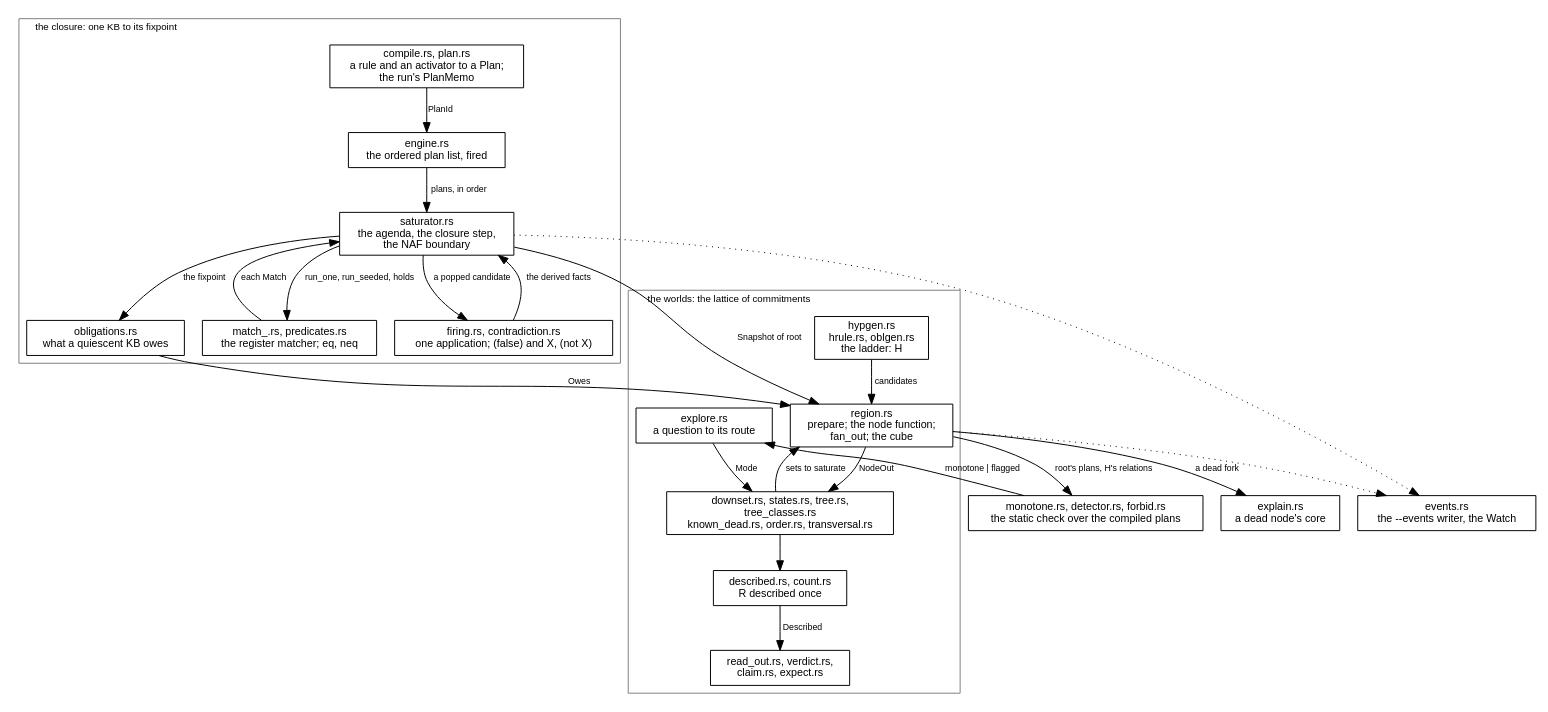
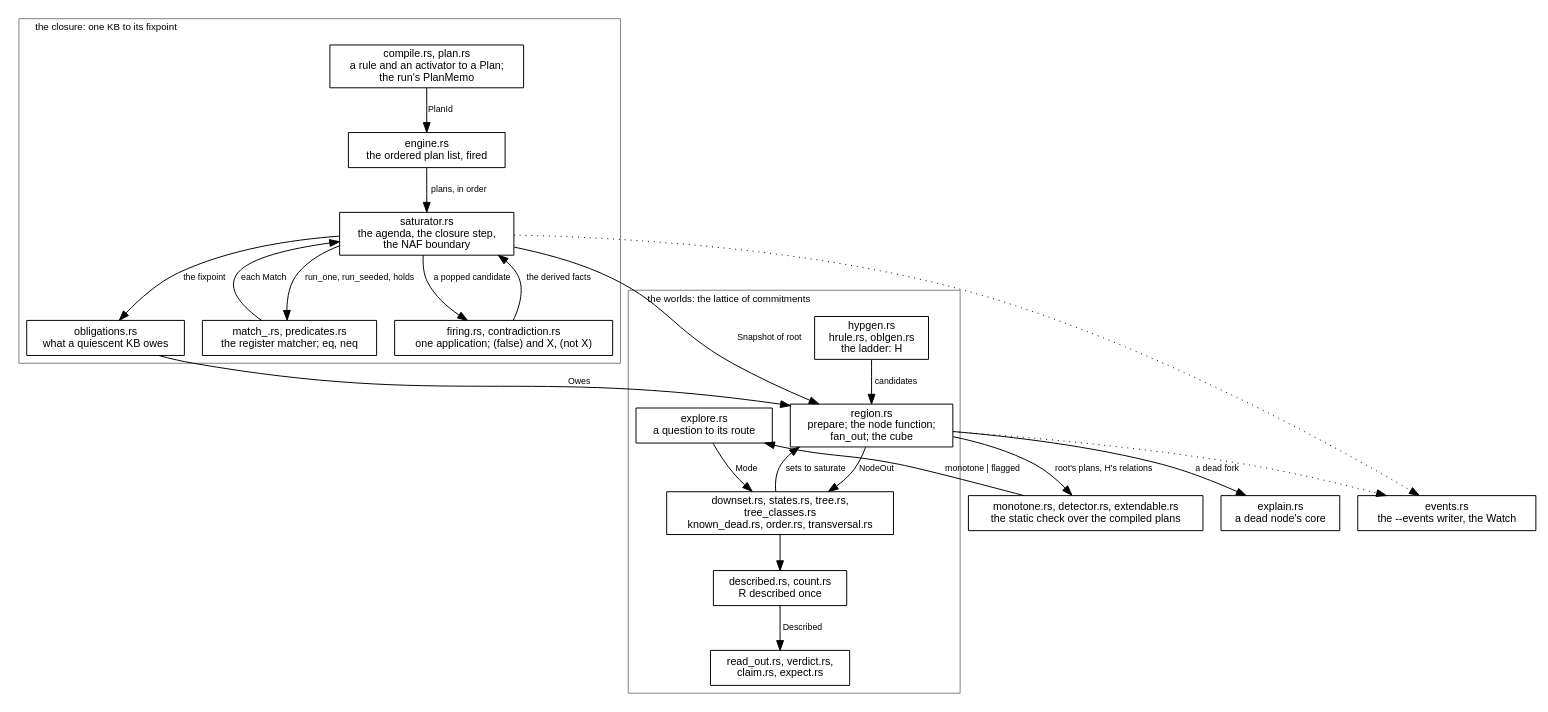
The diagram in docs/ein/ein.rs/diagrams/01-ein-infer-modules.dot (agutikov/ein), drawn with Graphviz before and after one commit. The commit also changed 138 other files, not shown here.

```diff
--- a/docs/ein/ein.rs/diagrams/01-ein-infer-modules.dot
+++ b/docs/ein/ein.rs/diagrams/01-ein-infer-modules.dot
@@ -1,51 +1,51 @@
 digraph ein_infer {
   rankdir=TB;
   node [shape=box, fontname="Helvetica", fontsize=11];
   edge [fontname="Helvetica", fontsize=9];
 
   subgraph cluster_closure {
     label="the closure: one KB to its fixpoint"; labeljust=l; fontname="Helvetica"; fontsize=10; color=gray50;
     compile [label="compile.rs, plan.rs\na rule and an activator to a Plan;\nthe run's PlanMemo"];
     engine  [label="engine.rs\nthe ordered plan list, fired"];
     match   [label="match_.rs, predicates.rs\nthe register matcher; eq, neq"];
     sat     [label="saturator.rs\nthe agenda, the closure step,\nthe NAF boundary"];
     firing  [label="firing.rs, contradiction.rs\none application; (false) and X, (not X)"];
     obl     [label="obligations.rs\nwhat a quiescent KB owes"];
   }
 
   subgraph cluster_worlds {
     label="the worlds: the lattice of commitments"; labeljust=l; fontname="Helvetica"; fontsize=10; color=gray50;
     hyp     [label="hypgen.rs\nhrule.rs, oblgen.rs\nthe ladder: H"];
     region  [label="region.rs\nprepare; the node function;\nfan_out; the cube"];
     explore [label="explore.rs\na question to its route"];
     routes  [label="downset.rs, states.rs, tree.rs,\ntree_classes.rs\nknown_dead.rs, order.rs, transversal.rs"];
     desc    [label="described.rs, count.rs\nR described once"];
     readout [label="read_out.rs, verdict.rs,\nclaim.rs, expect.rs"];
   }
 
-  static  [label="monotone.rs, detector.rs, forbid.rs\nthe static check over the compiled plans"];
+  static  [label="monotone.rs, detector.rs, extendable.rs\nthe static check over the compiled plans"];
   explain [label="explain.rs\na dead node's core"];
   events  [label="events.rs\nthe --events writer, the Watch"];
 
   compile -> engine [label="PlanId"];
   engine  -> sat    [label="plans, in order"];
   sat     -> match  [label="run_one, run_seeded, holds"];
   match   -> sat    [label="each Match"];
   sat     -> firing [label="a popped candidate"];
   firing  -> sat    [label="the derived facts"];
   sat     -> obl    [label="the fixpoint"];
 
   sat     -> region  [label="Snapshot of root"];
   obl     -> region  [label="Owes"];
   hyp     -> region  [label="candidates"];
   region  -> static  [label="root's plans, H's relations"];
   static  -> explore [label="monotone | flagged"];
   explore -> routes  [label="Mode"];
   routes  -> region  [label="sets to saturate"];
   region  -> routes  [label="NodeOut"];
   region  -> explain [label="a dead fork"];
   routes  -> desc;
   desc    -> readout [label="Described"];
   sat     -> events  [style=dotted];
   region  -> events  [style=dotted];
 }
```
